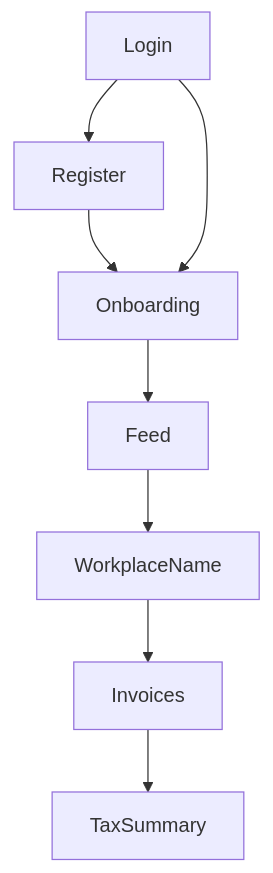
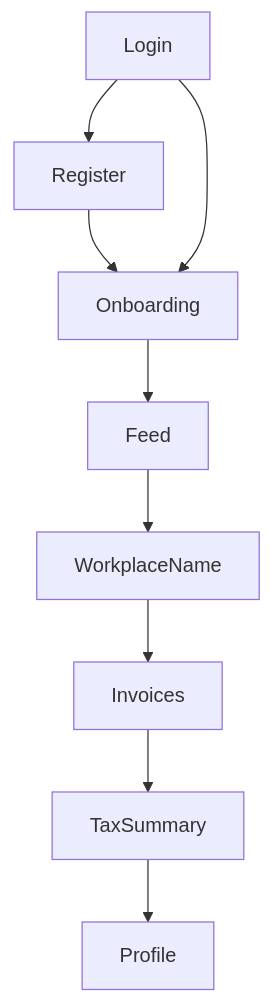
The diagram in docs/20_plan_pages.md (Toktakk/theratax), drawn with Mermaid before and after one commit. The commit also changed other lines of this file and 8 other files, not shown here.

````diff
--- a/docs/20_plan_pages.md
+++ b/docs/20_plan_pages.md
@@ -9,17 +9,19 @@
 ```mermaid
 flowchart TD
   login[Login]
   register[Register]
   onboarding[Onboarding]
   feed[Feed]
   names[WorkplaceName]
   invoices[Invoices]
   tax[TaxSummary]
+  profile[Profile]
   login --> register
   register --> onboarding
   login --> onboarding
   onboarding --> feed
   feed --> names
   names --> invoices
   invoices --> tax
+  tax --> profile
 ```
````
